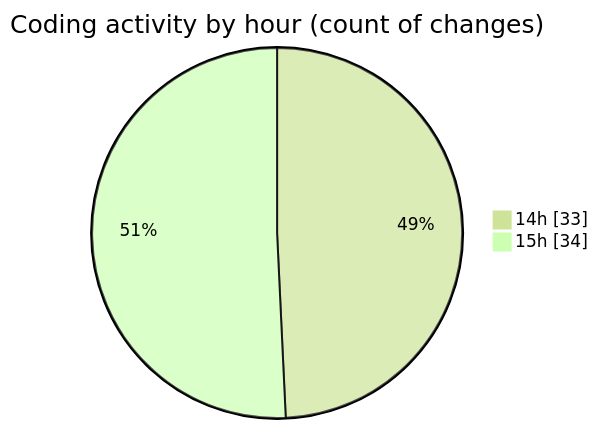
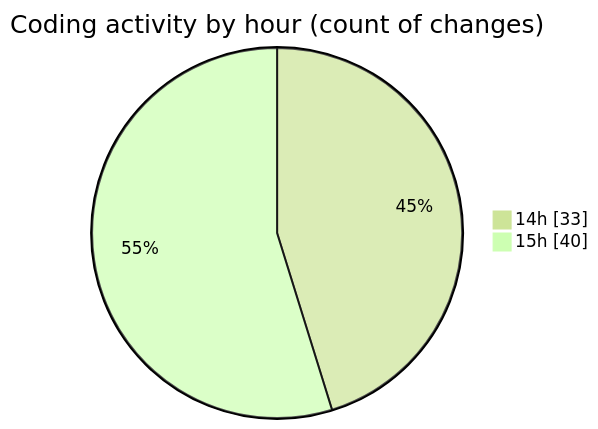
One commit to NitaiMahat/code-tracking changed the second of 2 diagrams in 2025-02-07/recipe-page-main/README.md. Above: the diagram before and after it, drawn with Mermaid (forest theme). The commit also changed other lines of this file and 1 other file, not shown here.

````diff
--- a/2025-02-07/recipe-page-main/README.md
+++ b/2025-02-07/recipe-page-main/README.md
@@ -30,6 +30,6 @@
 ```mermaid
 pie showData
 title Coding activity by hour (count of changes)
 "14h" : 33
-"15h" : 34
+"15h" : 40
 ```
````
